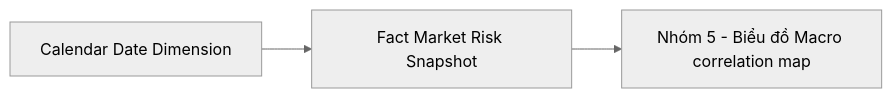
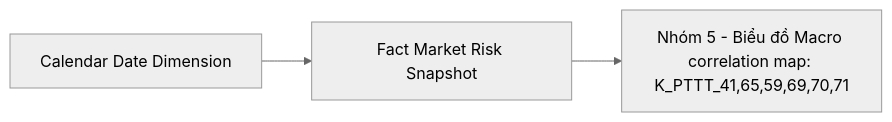
Diagram 18 of 51 in Datamart/hld/DTM_PTTT_HLD.md (linhlvit/ubck_atomic_design), drawn with Mermaid (neutral theme) before and after one commit. The commit also changed other lines of this file and 11 other files, not shown here.

````diff
--- a/Datamart/hld/DTM_PTTT_HLD.md
+++ b/Datamart/hld/DTM_PTTT_HLD.md
@@ -835,8 +806,5 @@
 ```mermaid
 flowchart LR
-    fct_mkt_rsk_snpst["Fact Market Risk Snapshot"]
-    cdr_dt_dim["Calendar Date Dimension"]
-    rpt_nhom5["Nhóm 5 - Biểu đồ Macro correlation map"]
-    cdr_dt_dim --> fct_mkt_rsk_snpst
-    fct_mkt_rsk_snpst --> rpt_nhom5
+    fct_mkt_rsk_snpst["Fact Market Risk Snapshot"] --> rpt_nhom5["Nhóm 5 - Biểu đồ Macro correlation map: K_PTTT_41,65,59,69,70,71"]
+    cdr_dt_dim["Calendar Date Dimension"] --> fct_mkt_rsk_snpst
 ```
````
